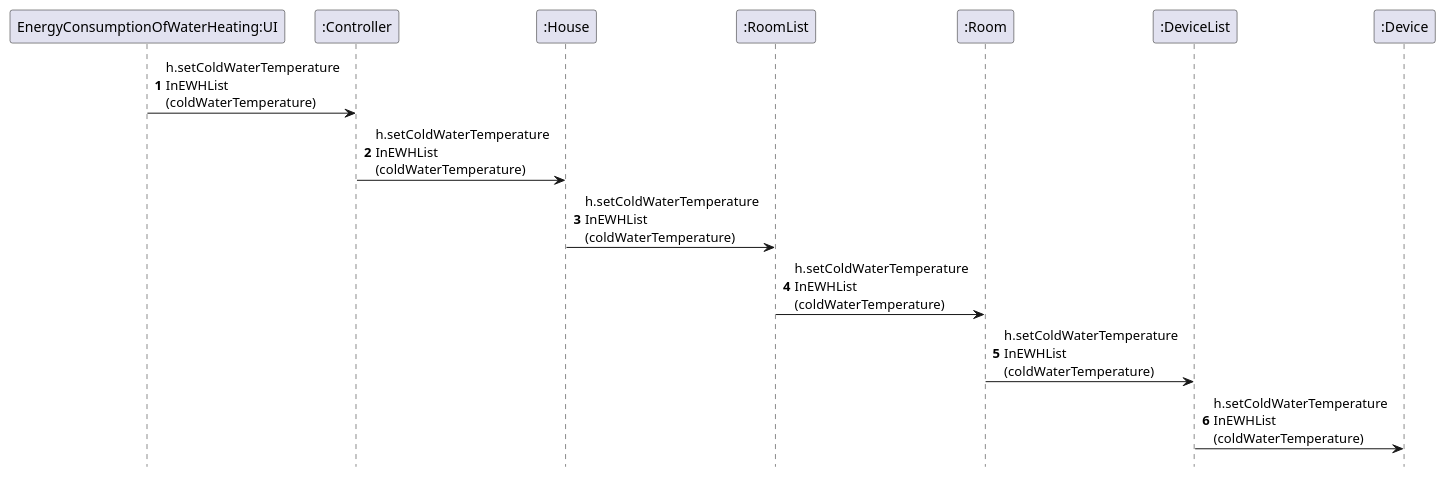
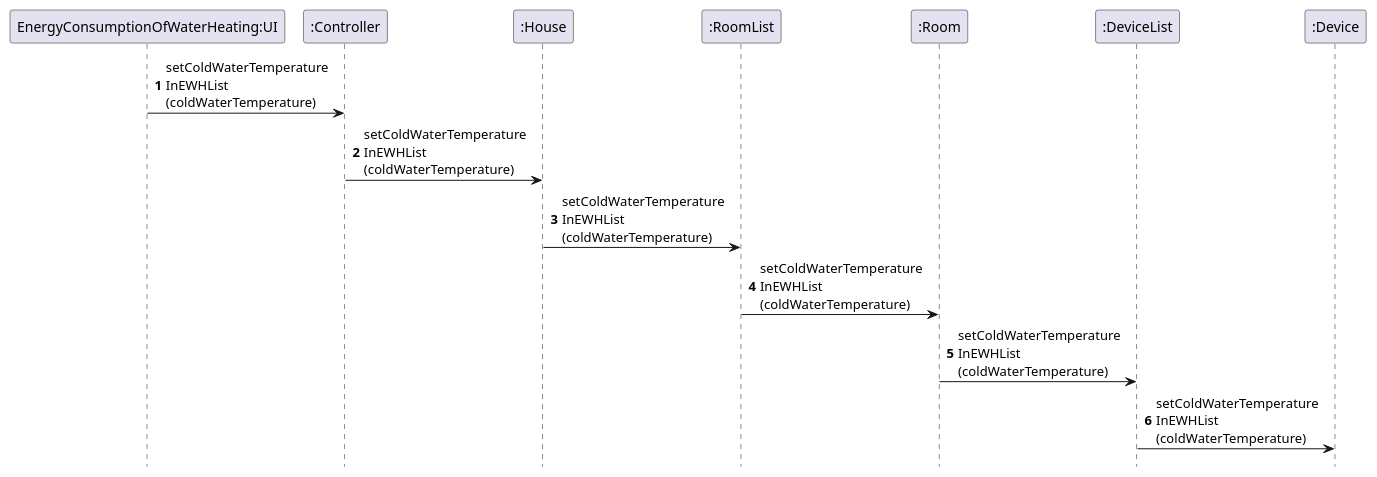
The diagram in src/main/java/smarthome/uml/sequencediagrams/EnergyConsumptionOfWaterHeatingRef1.puml (emanuel-pereira/hou), drawn with PlantUML before and after one commit. The commit also changed 2 other files, not shown here.

Commit message:
Correction of EnergyConsumptionOfWaterHeating sequence diagrams

```diff
--- a/src/main/java/smarthome/uml/sequencediagrams/EnergyConsumptionOfWaterHeatingRef1.puml
+++ b/src/main/java/smarthome/uml/sequencediagrams/EnergyConsumptionOfWaterHeatingRef1.puml
@@ -1,13 +1,13 @@
 @startuml
 autonumber
 hidefootbox
 
 
-"EnergyConsumptionOfWaterHeating:UI" -> ":Controller": h.setColdWaterTemperature\nInEWHList\n(coldWaterTemperature)
-":Controller" -> ":House": h.setColdWaterTemperature\nInEWHList\n(coldWaterTemperature)
-":House"->":RoomList": h.setColdWaterTemperature\nInEWHList\n(coldWaterTemperature)
-":RoomList" -> ":Room": h.setColdWaterTemperature\nInEWHList\n(coldWaterTemperature)
-":Room" -> ":DeviceList": h.setColdWaterTemperature\nInEWHList\n(coldWaterTemperature)
-":DeviceList" -> ":Device": h.setColdWaterTemperature\nInEWHList\n(coldWaterTemperature)
+"EnergyConsumptionOfWaterHeating:UI" -> ":Controller": setColdWaterTemperature\nInEWHList\n(coldWaterTemperature)
+":Controller" -> ":House": setColdWaterTemperature\nInEWHList\n(coldWaterTemperature)
+":House"->":RoomList": setColdWaterTemperature\nInEWHList\n(coldWaterTemperature)
+":RoomList" -> ":Room": setColdWaterTemperature\nInEWHList\n(coldWaterTemperature)
+":Room" -> ":DeviceList": setColdWaterTemperature\nInEWHList\n(coldWaterTemperature)
+":DeviceList" -> ":Device": setColdWaterTemperature\nInEWHList\n(coldWaterTemperature)
 
 @enduml
```
